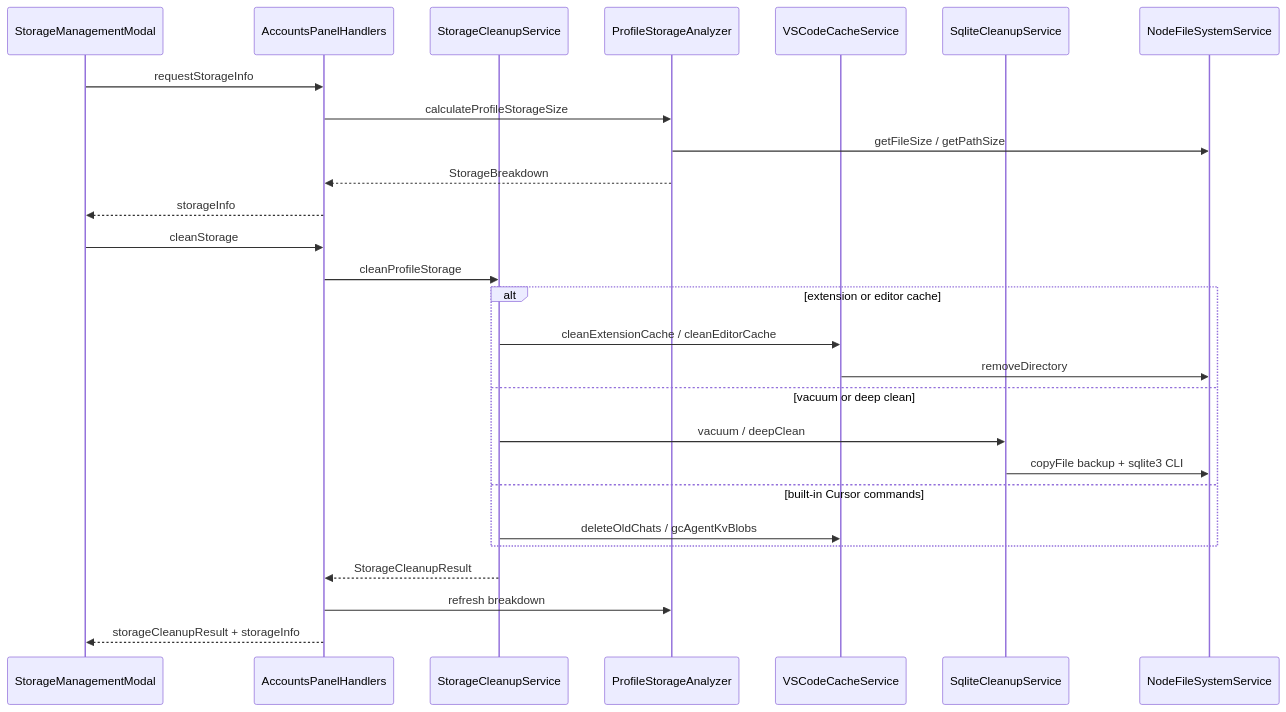
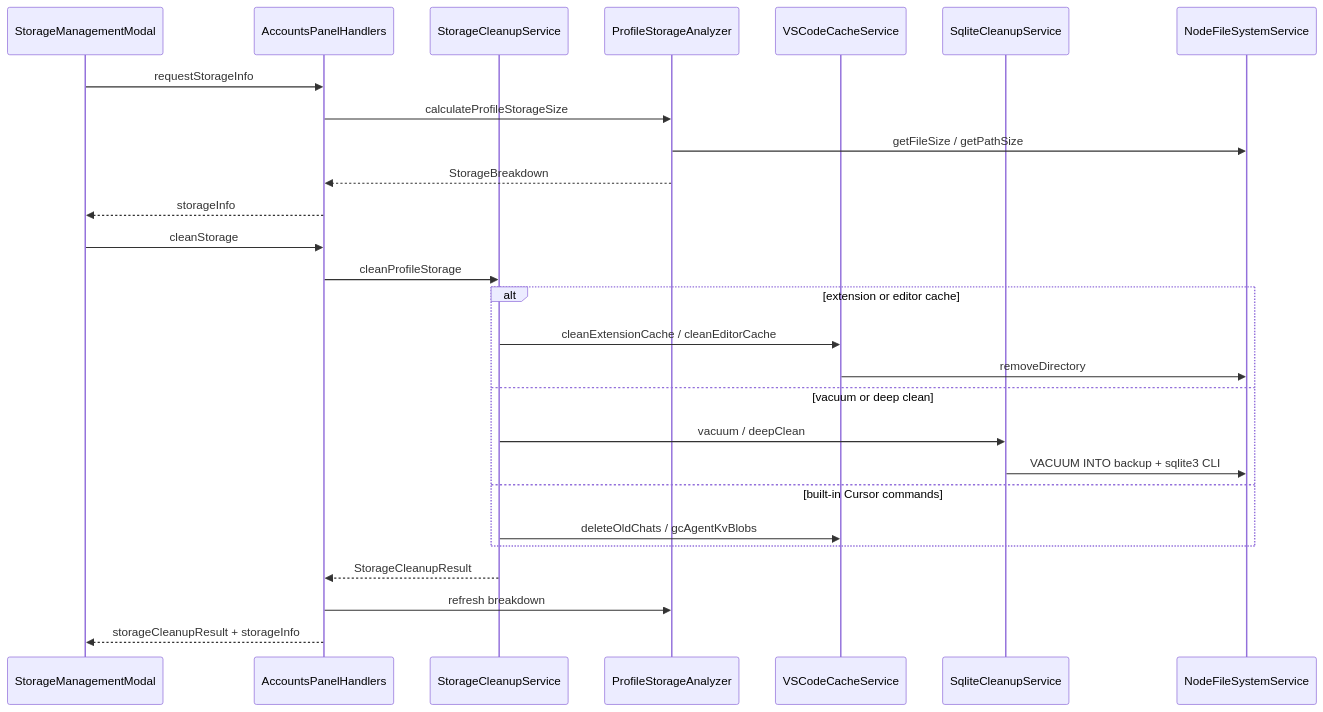
The fourth of 6 diagrams in docs/ARCHITECTURE.md (vypdev/cursor-accounts), drawn with Mermaid before and after one commit. The commit also changed other lines of this file and 12 other files, not shown here.

````diff
--- a/docs/ARCHITECTURE.md
+++ b/docs/ARCHITECTURE.md
@@ -272,31 +272,31 @@
 ```mermaid
 sequenceDiagram
   participant Modal as StorageManagementModal
   participant Handlers as AccountsPanelHandlers
   participant Cleanup as StorageCleanupService
   participant Analyzer as ProfileStorageAnalyzer
   participant Cache as VSCodeCacheService
   participant DB as SqliteCleanupService
   participant FS as NodeFileSystemService
 
   Modal->>Handlers: requestStorageInfo
   Handlers->>Analyzer: calculateProfileStorageSize
   Analyzer->>FS: getFileSize / getPathSize
   Analyzer-->>Handlers: StorageBreakdown
   Handlers-->>Modal: storageInfo
 
   Modal->>Handlers: cleanStorage
   Handlers->>Cleanup: cleanProfileStorage
   alt extension or editor cache
     Cleanup->>Cache: cleanExtensionCache / cleanEditorCache
     Cache->>FS: removeDirectory
   else vacuum or deep clean
     Cleanup->>DB: vacuum / deepClean
-    DB->>FS: copyFile backup + sqlite3 CLI
+    DB->>FS: VACUUM INTO backup + sqlite3 CLI
   else built-in Cursor commands
     Cleanup->>Cache: deleteOldChats / gcAgentKvBlobs
   end
   Cleanup-->>Handlers: StorageCleanupResult
   Handlers->>Analyzer: refresh breakdown
   Handlers-->>Modal: storageCleanupResult + storageInfo
 ```
````
